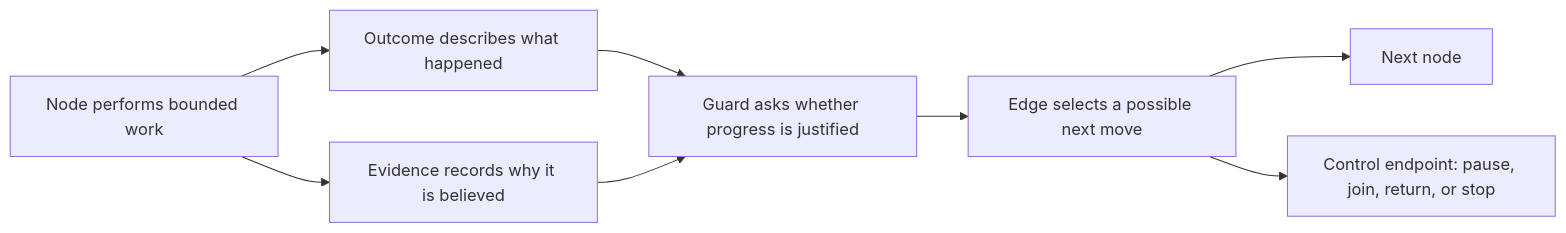
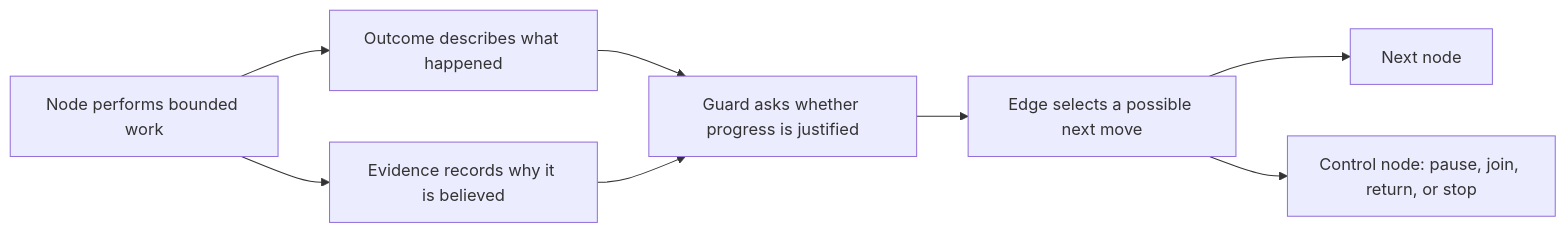
The diagram in skills/pave-init/references/pave-spec.md (jinhuang12/pave), drawn with Mermaid before and after one commit. The commit also changed other lines of this file and 138 other files, not shown here.

````diff
--- a/skills/pave-init/references/pave-spec.md
+++ b/skills/pave-init/references/pave-spec.md
@@ -281,10 +281,10 @@
 ```mermaid
 flowchart LR
     N["Node performs bounded work"] --> O["Outcome describes what happened"]
     N --> V["Evidence records why it is believed"]
     O --> G["Guard asks whether progress is justified"]
     V --> G
     G --> E["Edge selects a possible next move"]
     E --> N2["Next node"]
-    E --> C["Control endpoint: pause, join, return, or stop"]
+    E --> C["Control node: pause, join, return, or stop"]
 ```
````
